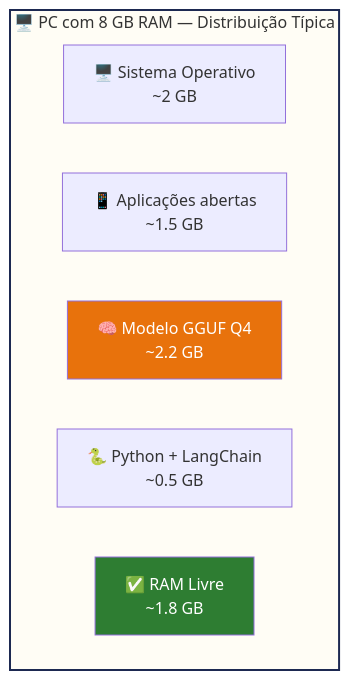
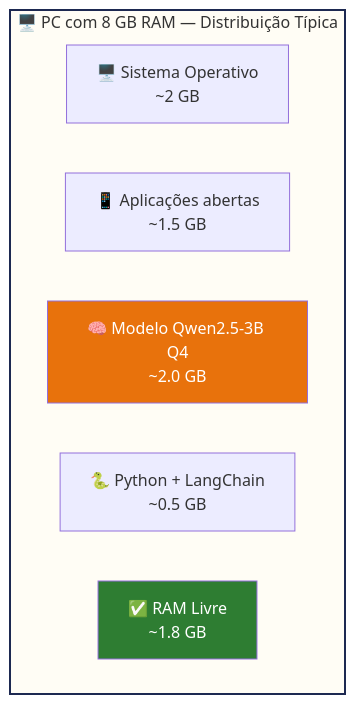
Before and after one commit to icpmtech/empresaiq-ebook: the first of 2 diagrams in docs/03-limitacoes-hardware.md, drawn with Mermaid. The commit also changed other lines of this file and 11 other files, not shown here.

````diff
--- a/docs/03-limitacoes-hardware.md
+++ b/docs/03-limitacoes-hardware.md
@@ -84,14 +87,14 @@
 ```mermaid
 graph TD
     subgraph PC["🖥️ PC com 8 GB RAM — Distribuição Típica"]
         direction LR
         OS["🖥️ Sistema Operativo\n~2 GB"]
         APP["📱 Aplicações abertas\n~1.5 GB"]
-        M["🧠 Modelo GGUF Q4\n~2.2 GB"]
+        M["🧠 Modelo Qwen2.5-3B Q4\n~2.0 GB"]
         PY["🐍 Python + LangChain\n~0.5 GB"]
         FREE["✅ RAM Livre\n~1.8 GB"]
     end
     style M fill:#E8720C,color:#fff
     style FREE fill:#2E7D32,color:#fff
     style PC fill:#FFFDF5,stroke:#1D2951,stroke-width:2px
 ```
````
